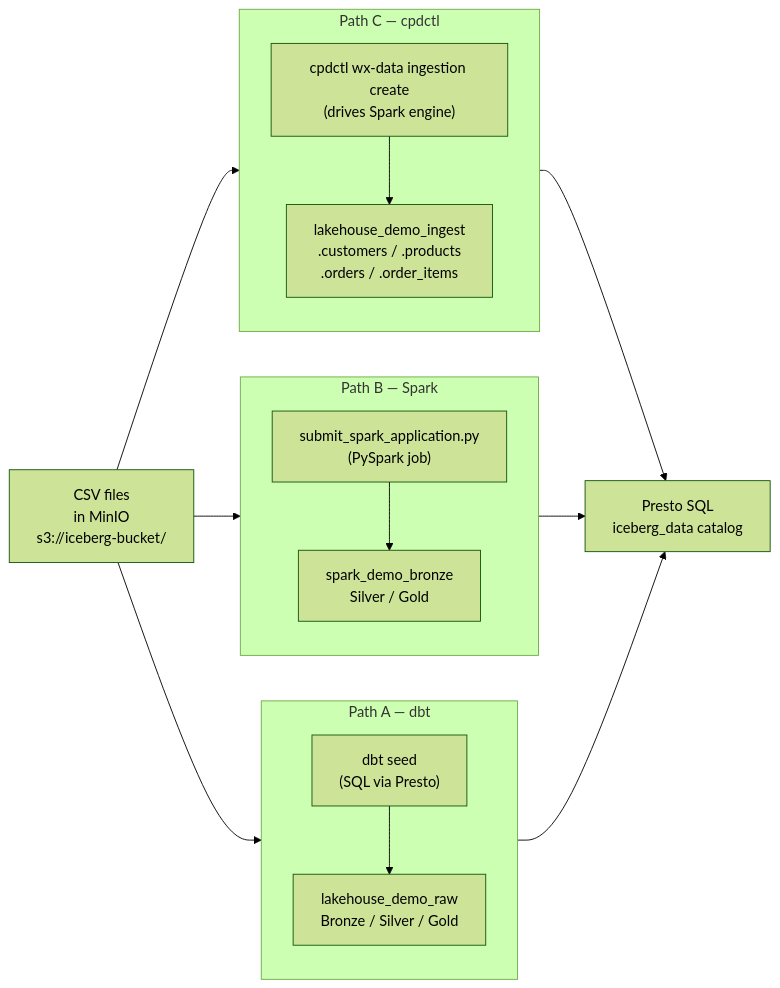
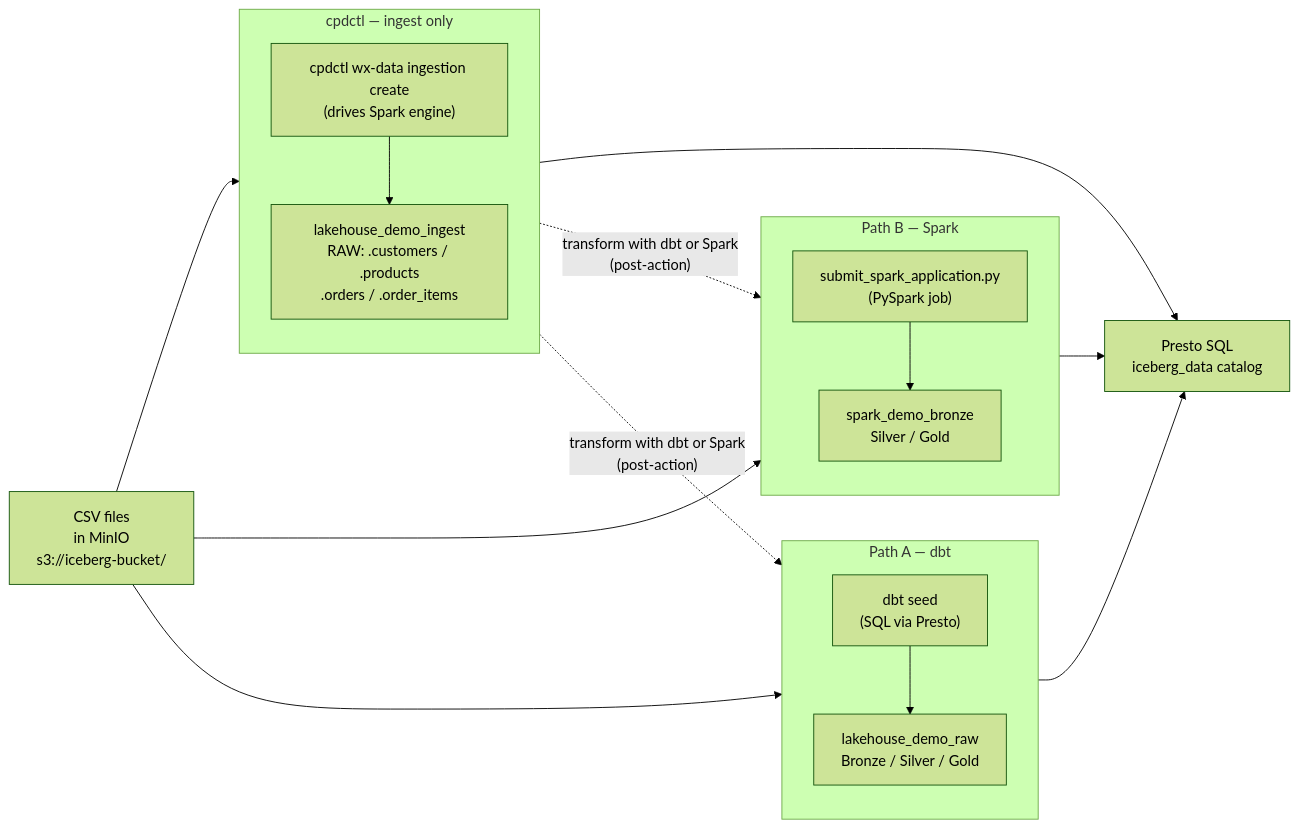
One commit to aseelert/ibmas-watsonxdata-dbt changed the diagram in docs/ingestion.md. Above: the diagram before and after it, drawn with Mermaid (forest theme). The commit also changed other lines of this file and 12 other files, not shown here.

First line of the commit message:
docs: reframe cpdctl as ingest-only loader, fix conceptual model + aged statements

````diff
--- a/docs/ingestion.md
+++ b/docs/ingestion.md
@@ -24,33 +31,35 @@
 ```mermaid
 flowchart LR
     CSV["CSV files\nin MinIO\ns3://iceberg-bucket/"]
 
     subgraph A["Path A — dbt"]
         direction TB
         A1["dbt seed\n(SQL via Presto)"]
         A2["lakehouse_demo_raw\nBronze / Silver / Gold"]
         A1 --> A2
     end
 
     subgraph B["Path B — Spark"]
         direction TB
         B1["submit_spark_application.py\n(PySpark job)"]
         B2["spark_demo_bronze\nSilver / Gold"]
         B1 --> B2
     end
 
-    subgraph C["Path C — cpdctl"]
+    subgraph C["cpdctl — ingest only"]
         direction TB
         C1["cpdctl wx-data ingestion create\n(drives Spark engine)"]
-        C2["lakehouse_demo_ingest\n.customers / .products\n.orders / .order_items"]
+        C2["lakehouse_demo_ingest\nRAW: .customers / .products\n.orders / .order_items"]
         C1 --> C2
     end
 
     CSV --> A1
     CSV --> B1
     CSV --> C1
 
     A2 --> Presto["Presto SQL\niceberg_data catalog"]
     B2 --> Presto
     C2 --> Presto
+    C2 -. "transform with dbt or Spark\n(post-action)" .-> A1
+    C2 -. "transform with dbt or Spark\n(post-action)" .-> B1
 ```
````
